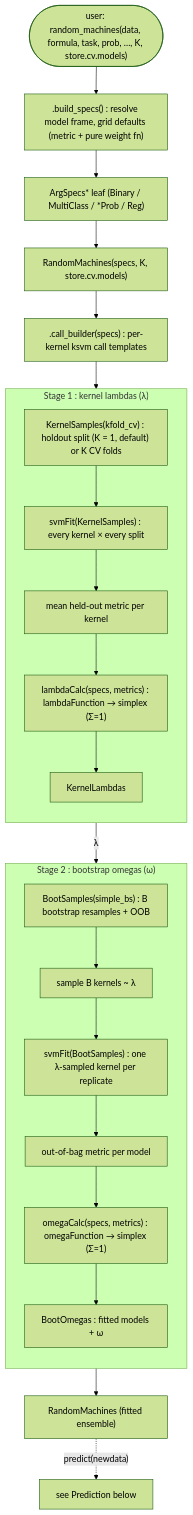
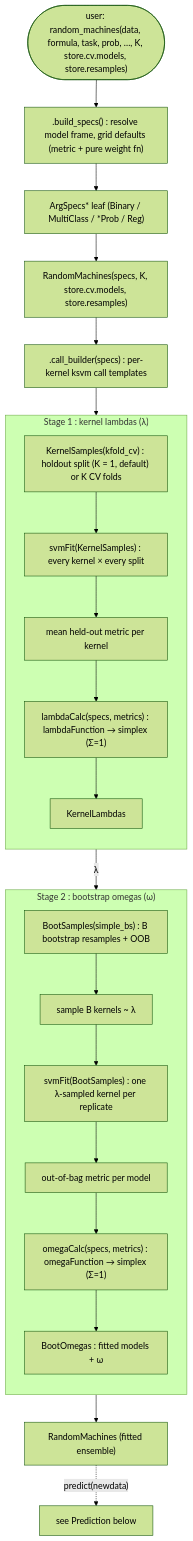
Before and after one commit to Vitor-Pignatari/Random-Machines: the second of 3 diagrams in ARCHITECTURE.md, drawn with Mermaid (forest theme). The commit also changed other lines of this file and 33 other files, not shown here.

````diff
--- a/ARCHITECTURE.md
+++ b/ARCHITECTURE.md
@@ -147,33 +147,33 @@
 ```mermaid
 flowchart TD
-  U(["user: random_machines(data, formula, task, prob, …, K, store.cv.models)"])
+  U(["user: random_machines(data, formula, task, prob, …, K, store.cv.models, store.resamples)"])
   U --> BUILD[".build_specs() : resolve model frame, grid defaults (metric + pure weight fn)"]
   BUILD --> SPEC["ArgSpecs* leaf (Binary / MultiClass / *Prob / Reg)"]
-  SPEC --> ORCH["RandomMachines(specs, K, store.cv.models)"]
+  SPEC --> ORCH["RandomMachines(specs, K, store.cv.models, store.resamples)"]
   ORCH --> CB[".call_builder(specs) : per-kernel ksvm call templates"]
 
   subgraph S1["Stage 1 : kernel lambdas (λ)"]
     direction TB
     KS["KernelSamples(kfold_cv) : holdout split (K = 1, default) or K CV folds"]
     KS --> FIT1["svmFit(KernelSamples) : every kernel × every split"]
     FIT1 --> M1["mean held-out metric per kernel"]
     M1 --> LAM["lambdaCalc(specs, metrics) : lambdaFunction → simplex (Σ=1)"]
     LAM --> KL["KernelLambdas"]
   end
 
   subgraph S2["Stage 2 : bootstrap omegas (ω)"]
     direction TB
     BS["BootSamples(simple_bs) : B bootstrap resamples + OOB"]
     BS --> DRAW["sample B kernels ~ λ"]
     DRAW --> FIT2["svmFit(BootSamples) : one λ-sampled kernel per replicate"]
     FIT2 --> M2["out-of-bag metric per model"]
     M2 --> OM["omegaCalc(specs, metrics) : omegaFunction → simplex (Σ=1)"]
     OM --> BO["BootOmegas : fitted models + ω"]
   end
 
   CB --> KS
   KL -->|"λ"| DRAW
   BO --> RM["RandomMachines (fitted ensemble)"]
 
   RM -.->|"predict(newdata)"| PRED["see Prediction below"]
 ```
````
